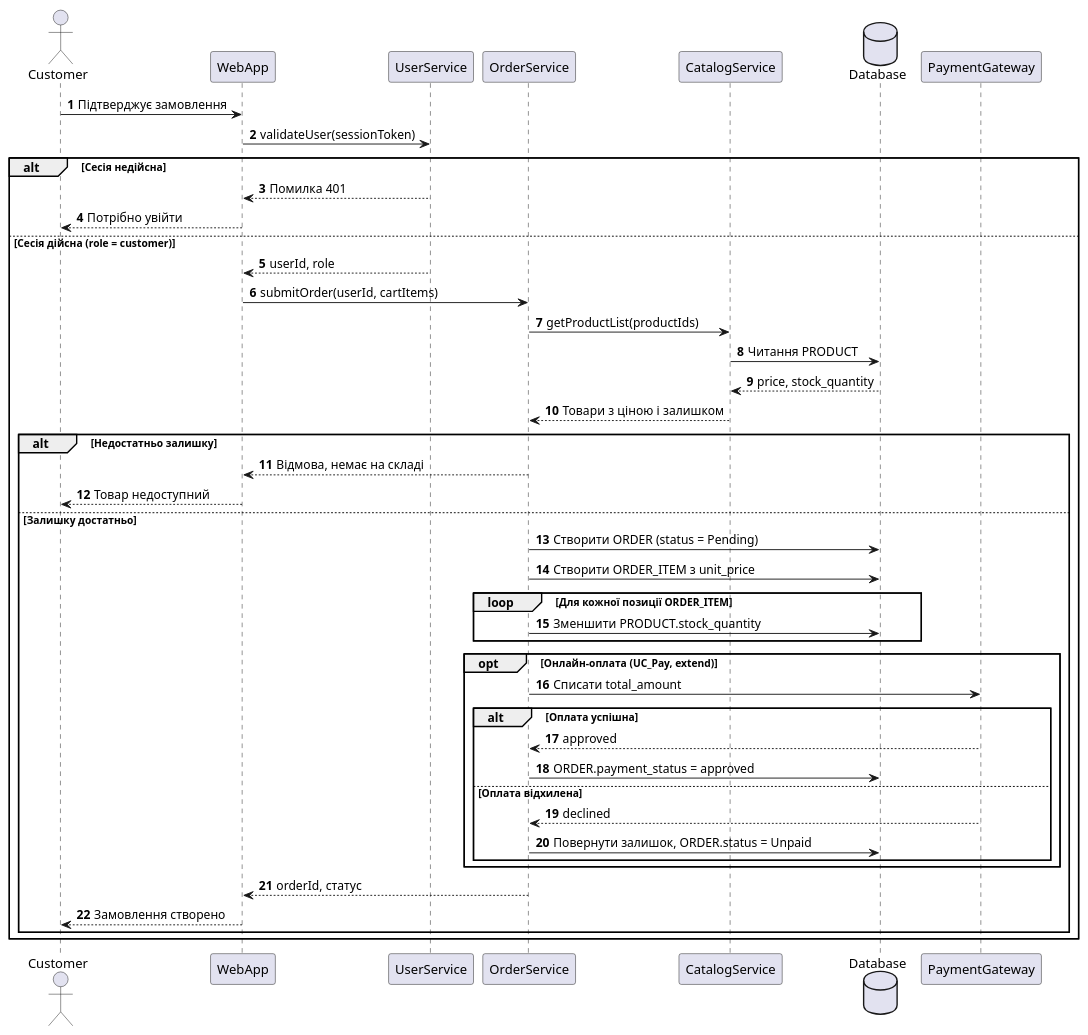
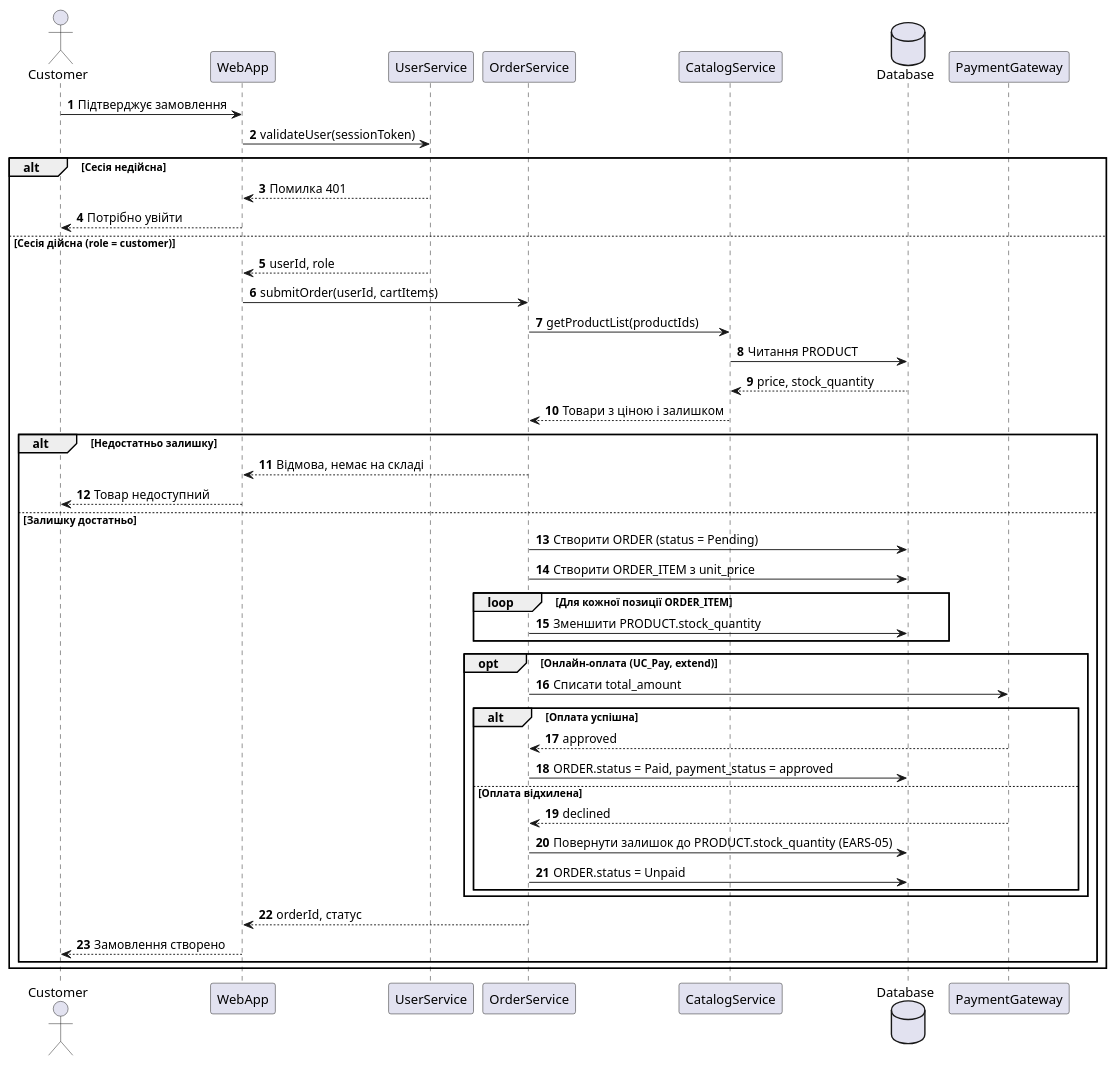
One commit to Stefect/Modeling-and-Analysis-of-Software-Requirements changed the diagram in task-3/sequence.puml. Above: the diagram before and after it, drawn with PlantUML. The commit also changed 3 other files, not shown here.

Commit message:
Додав аудит sequence-діаграми та виправлення невідповідностей у специфікації оформлення замовлення

```diff
--- a/task-3/sequence.puml
+++ b/task-3/sequence.puml
@@ -1,47 +1,48 @@
 @startuml sequence
 autonumber
 
 actor Customer
 participant WebApp
 participant UserService
 participant OrderService
 participant CatalogService
 database Database
 participant PaymentGateway
 
 Customer -> WebApp : Підтверджує замовлення
 WebApp -> UserService : validateUser(sessionToken)
 alt Сесія недійсна
   UserService --> WebApp : Помилка 401
   WebApp --> Customer : Потрібно увійти
 else Сесія дійсна (role = customer)
   UserService --> WebApp : userId, role
   WebApp -> OrderService : submitOrder(userId, cartItems)
   OrderService -> CatalogService : getProductList(productIds)
   CatalogService -> Database : Читання PRODUCT
   Database --> CatalogService : price, stock_quantity
   CatalogService --> OrderService : Товари з ціною і залишком
   alt Недостатньо залишку
     OrderService --> WebApp : Відмова, немає на складі
     WebApp --> Customer : Товар недоступний
   else Залишку достатньо
     OrderService -> Database : Створити ORDER (status = Pending)
     OrderService -> Database : Створити ORDER_ITEM з unit_price
     loop Для кожної позиції ORDER_ITEM
       OrderService -> Database : Зменшити PRODUCT.stock_quantity
     end
     opt Онлайн-оплата (UC_Pay, extend)
       OrderService -> PaymentGateway : Списати total_amount
       alt Оплата успішна
         PaymentGateway --> OrderService : approved
-        OrderService -> Database : ORDER.payment_status = approved
+        OrderService -> Database : ORDER.status = Paid, payment_status = approved
       else Оплата відхилена
         PaymentGateway --> OrderService : declined
-        OrderService -> Database : Повернути залишок, ORDER.status = Unpaid
+        OrderService -> Database : Повернути залишок до PRODUCT.stock_quantity (EARS-05)
+        OrderService -> Database : ORDER.status = Unpaid
       end
     end
     OrderService --> WebApp : orderId, статус
     WebApp --> Customer : Замовлення створено
   end
 end
 @enduml
```
